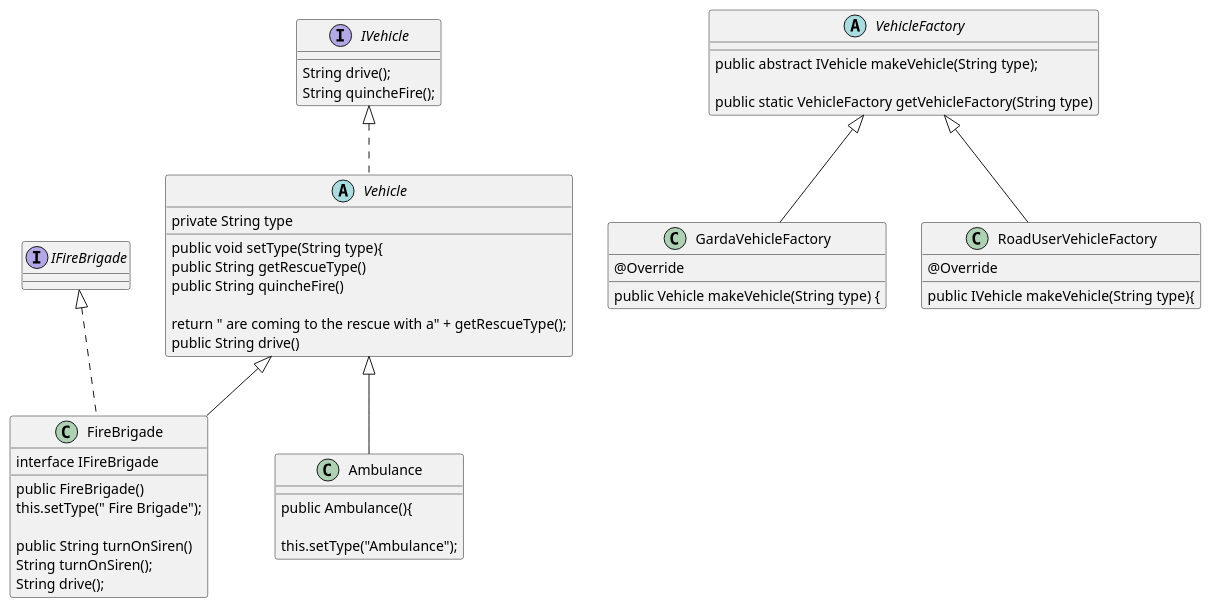
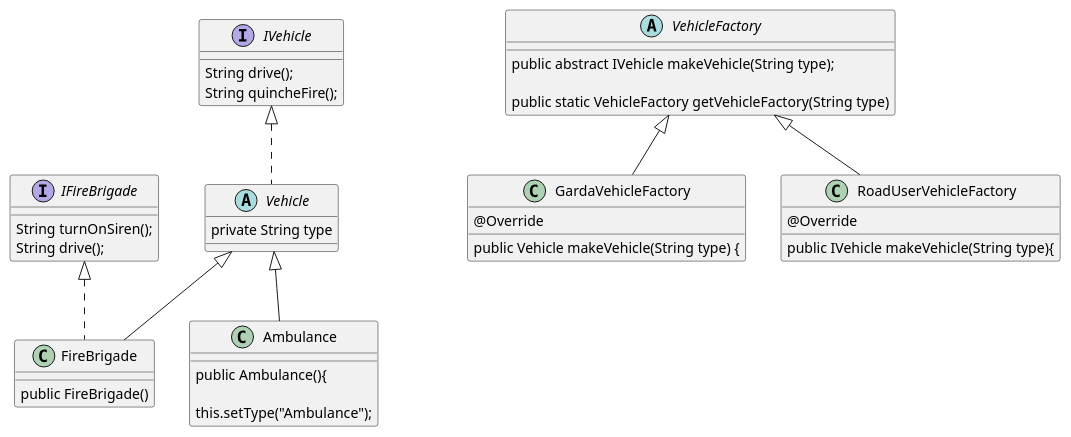
The diagram in plantUmlDiagrams/Factory.puml (DeclanBU/Design_Patterns_Project), drawn with PlantUML before and after one commit. The commit also changed 2 other files, not shown here.

```diff
--- a/plantUmlDiagrams/Factory.puml
+++ b/plantUmlDiagrams/Factory.puml
@@ -1,61 +1,50 @@
 @startuml
 
 class Ambulance extends Vehicle {
 
 
     public Ambulance(){
 
         this.setType("Ambulance");
 
     }
     interface IVehicle {
         String drive();
         String quincheFire();
     }
 
 
      abstract class Vehicle implements IVehicle{
         private String type
-        public void setType(String type){
-         public String getRescueType()
-        public String quincheFire()
 
-          return " are coming to the rescue with a" + getRescueType();
-
-
-        public String drive()
-
-
+    }
+    interface IFireBrigade {
+        String turnOnSiren();
+        String drive();
     }
     class FireBrigade extends Vehicle implements IFireBrigade {
         public FireBrigade()
-            this.setType(" Fire Brigade");
 
-        public String turnOnSiren()
-
-        interface IFireBrigade
-            String turnOnSiren();
-            String drive();
-            }
+}
             class GardaVehicleFactory extends VehicleFactory{
                 @Override
                 public Vehicle makeVehicle(String type) {
 
 
                 }
                 class RoadUserVehicleFactory extends VehicleFactory{
                     @Override
                     public IVehicle makeVehicle(String type){
 
                 }
                 abstract class VehicleFactory {
 
                     public abstract IVehicle makeVehicle(String type);
 
                     public static VehicleFactory getVehicleFactory(String type)
 
 
                     }
 
 
 @enduml
```
